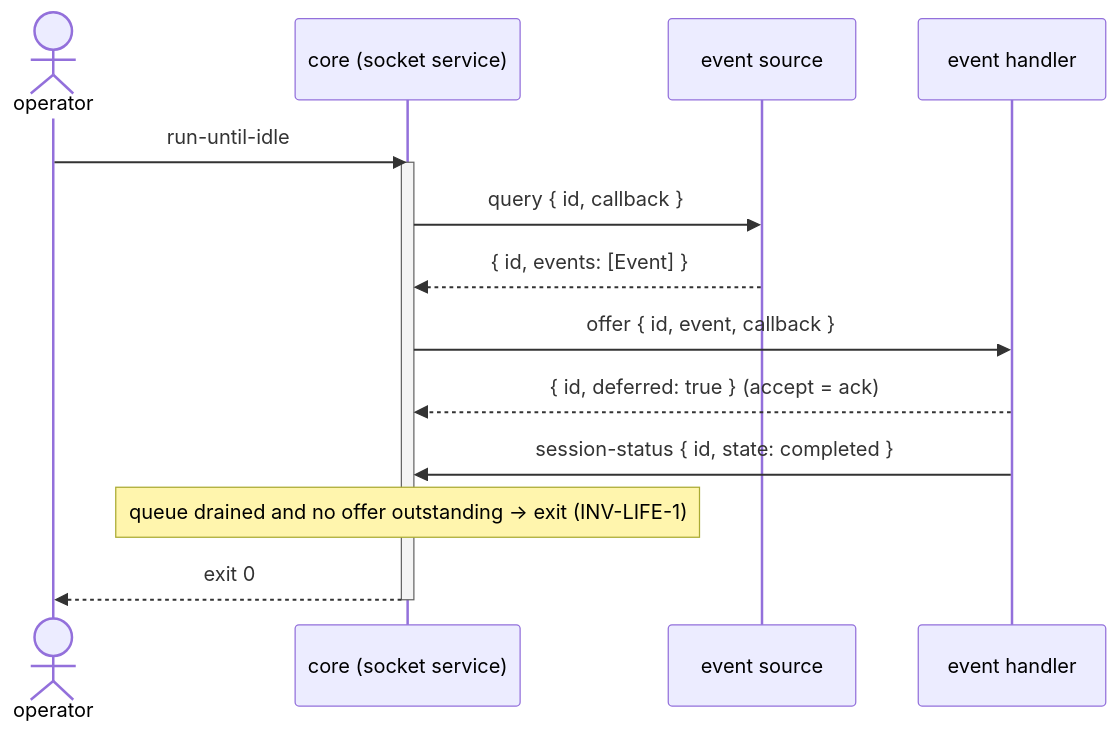
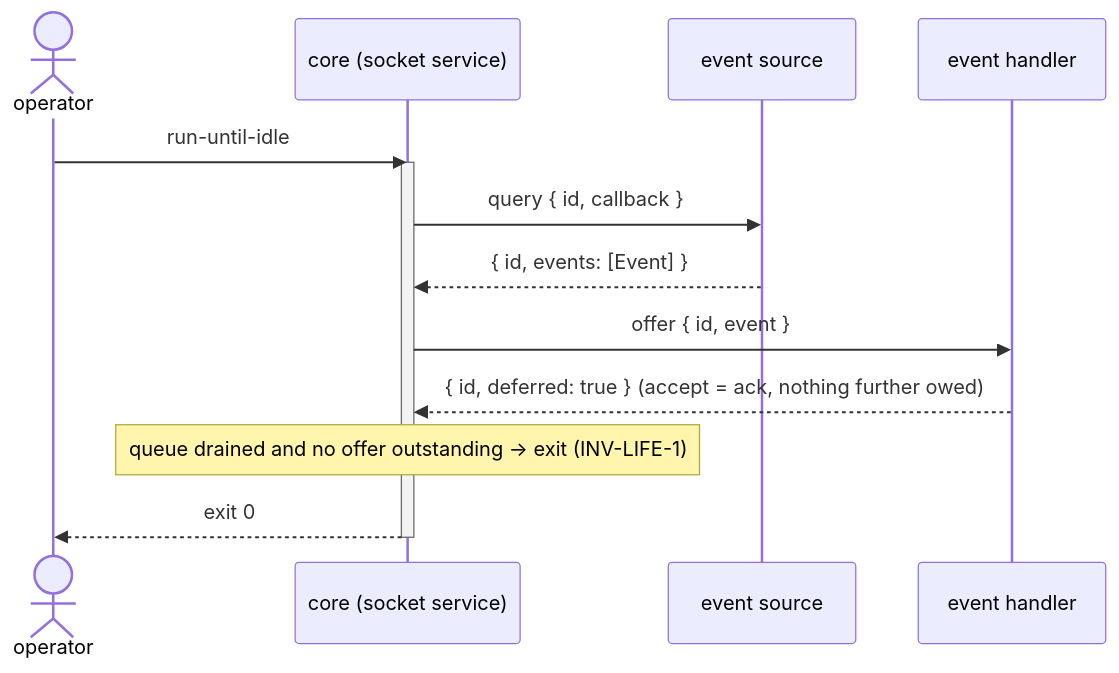
Before and after one commit to phillipgreenii/nix-agent-support: the seventh of 8 diagrams in packages/pr-pool/docs/behavior/interfaces.md, drawn with Mermaid. The commit also changed other lines of this file and 5 other files, not shown here.

````diff
--- a/packages/pr-pool/docs/behavior/interfaces.md
+++ b/packages/pr-pool/docs/behavior/interfaces.md
@@ -518,17 +501,16 @@
 ```mermaid
 sequenceDiagram
     actor Op as operator
     participant Core as core (socket service)
     participant Src as event source
     participant H as event handler
     Op->>Core: run-until-idle
     activate Core
     Core->>Src: query { id, callback }
     Src-->>Core: { id, events: [Event] }
-    Core->>H: offer { id, event, callback }
-    H-->>Core: { id, deferred: true }  (accept = ack)
-    H->>Core: session-status { id, state: completed }
+    Core->>H: offer { id, event }
+    H-->>Core: { id, deferred: true }  (accept = ack, nothing further owed)
     Note over Core: queue drained and no offer outstanding → exit (INV-LIFE-1)
     Core-->>Op: exit 0
     deactivate Core
 ```
````
